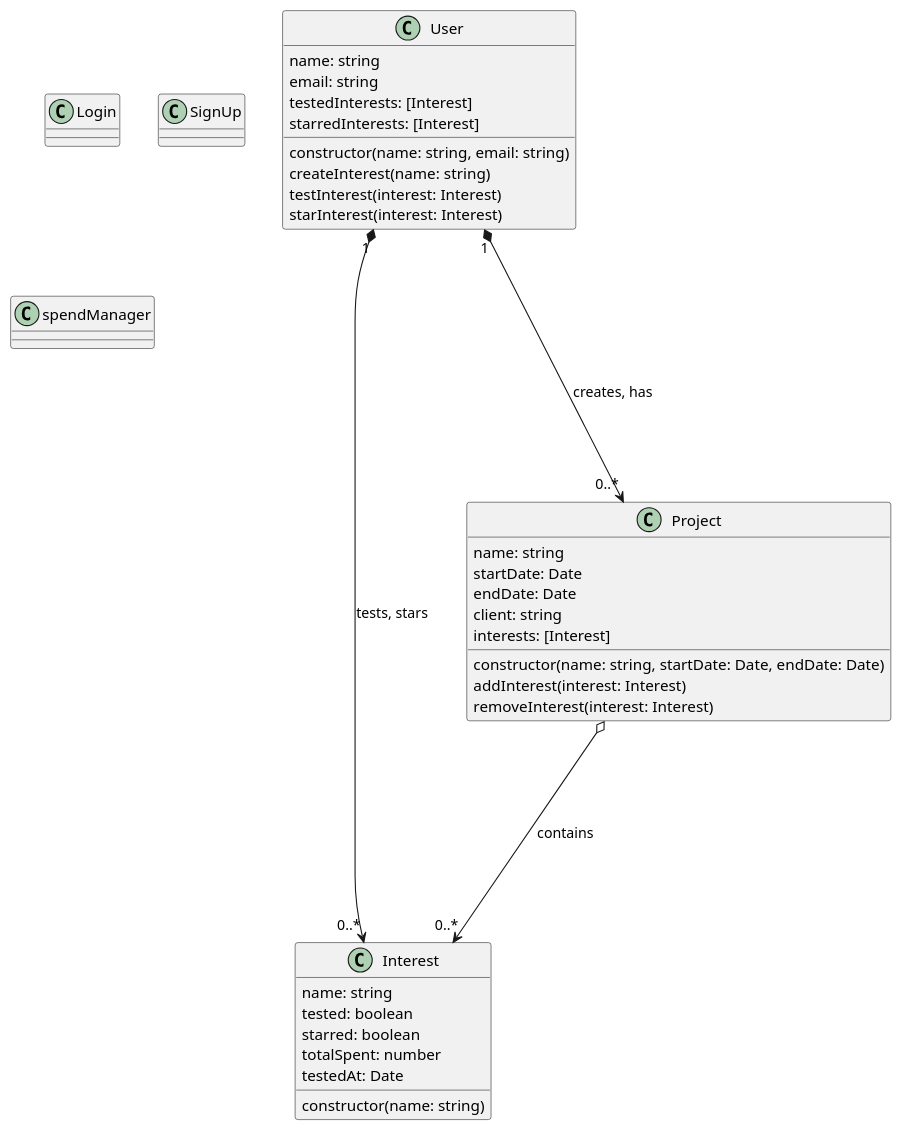
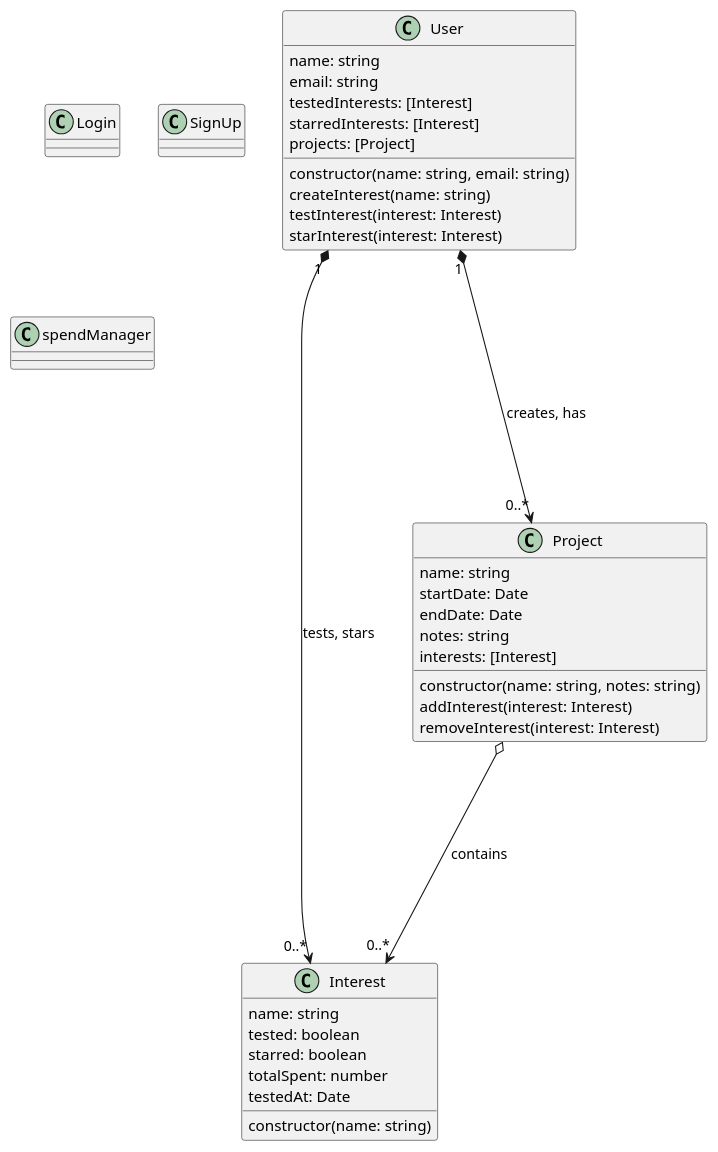
The diagram in architecture/class.puml (HauWv/interest-finder), drawn with PlantUML before and after one commit.

Commit message:
Make minor changes to UML

```diff
--- a/architecture/class.puml
+++ b/architecture/class.puml
@@ -1,43 +1,44 @@
 @startuml Marketing-Project Class Diagram
 class User {
     name: string
     email: string
     testedInterests: [Interest]
     starredInterests: [Interest]
+    projects: [Project]
     constructor(name: string, email: string)
     createInterest(name: string)
     testInterest(interest: Interest)
     starInterest(interest: Interest)
 }
 
 class Interest {
     name: string
     tested: boolean
     starred: boolean
     totalSpent: number
     testedAt: Date
     constructor(name: string)
 }
 
 class Project {
     name: string
     startDate: Date
     endDate: Date
-    client: string
+    notes: string
     interests: [Interest]
-    constructor(name: string, startDate: Date, endDate: Date)
+    constructor(name: string, notes: string)
     addInterest(interest: Interest)
     removeInterest(interest: Interest)
 }
 
 class Login {}
 
 class SignUp {}
 
 class spendManager {}
 
 User "1" *----> "0..*" Interest : tests, stars
 User "1" *----> "0..*" Project : creates, has
 Project o----> "0..*" Interest : contains
 
 @enduml
```
